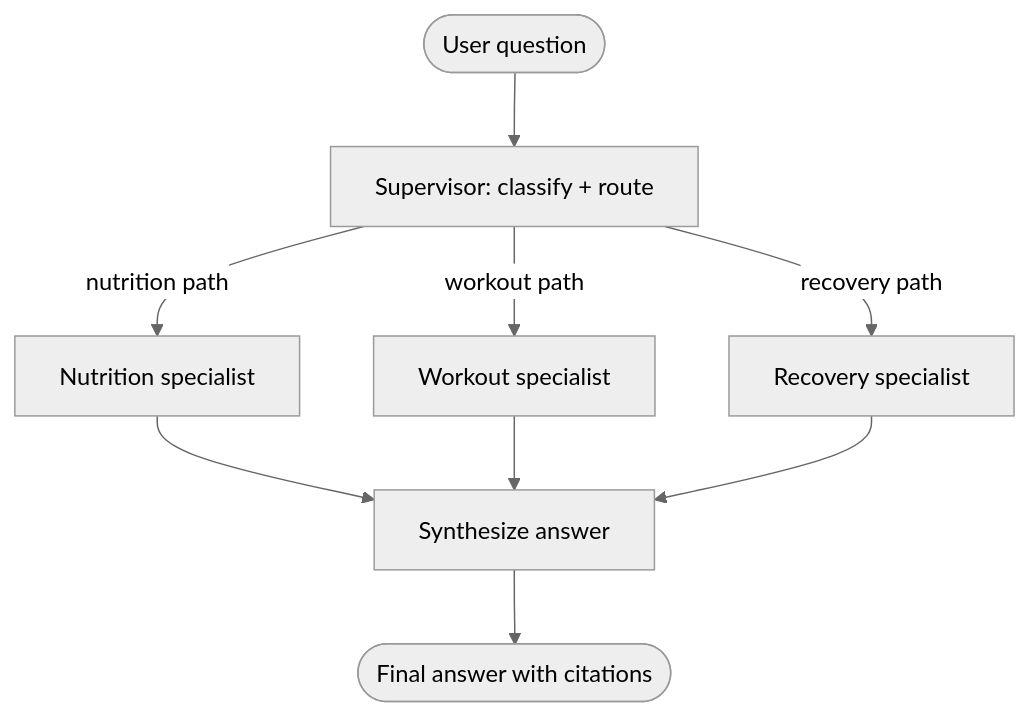
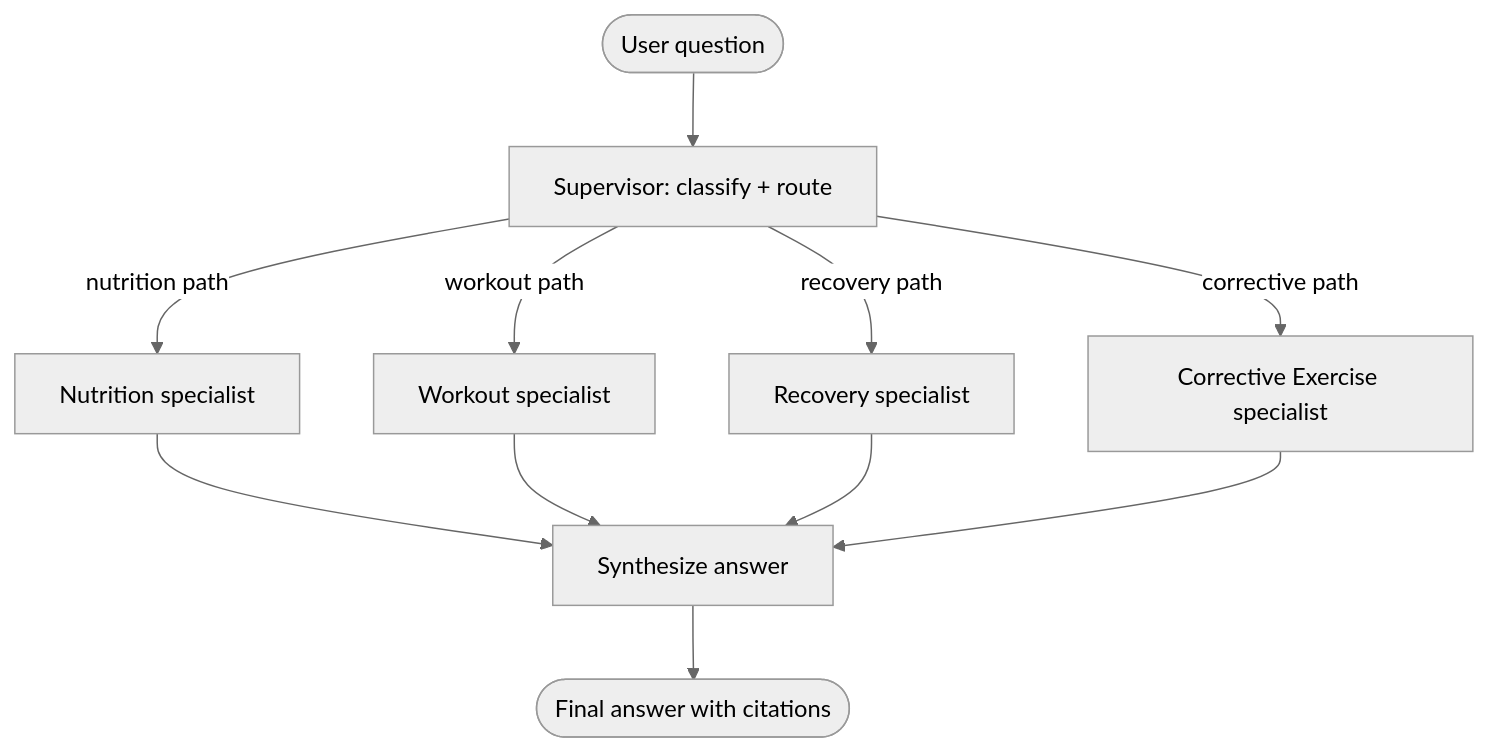
One commit to dapperAuteur/centenarian-coach-multiagent changed the first of 2 diagrams in README.md. Above: the diagram before and after it, drawn with Mermaid (neutral theme). The commit also changed other lines of this file and 5 other files, not shown here.

````diff
--- a/README.md
+++ b/README.md
@@ -41,12 +43,14 @@
 ```mermaid
 graph TD
     USER([User question]) --> SUPERVISOR[Supervisor: classify + route]
     SUPERVISOR -->|nutrition path| NUTRITION[Nutrition specialist]
     SUPERVISOR -->|workout path| WORKOUT[Workout specialist]
-    %% all three specialists ship; the supervisor routes to one, two, or all three
+    %% all four specialists ship; the supervisor routes to one, two, three, or all four
     SUPERVISOR -->|recovery path| RECOVERY[Recovery specialist]
+    SUPERVISOR -->|corrective path| CORRECTIVE[Corrective Exercise specialist]
     NUTRITION --> SYNTHESIZE[Synthesize answer]
     WORKOUT --> SYNTHESIZE
     RECOVERY --> SYNTHESIZE
+    CORRECTIVE --> SYNTHESIZE
     SYNTHESIZE --> ANSWER([Final answer with citations])
 ```
````
